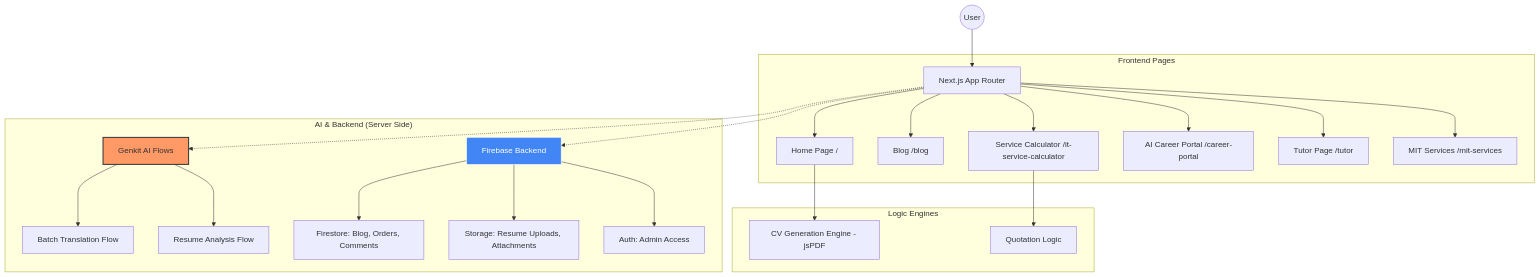
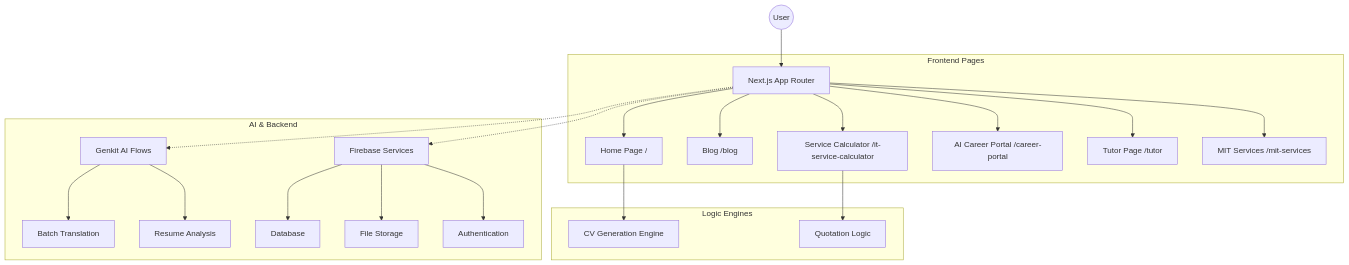
One commit to MS0C54073/muzoprof changed the diagram in README.md. Above: the diagram before and after it, drawn with Mermaid. The commit also changed other lines of this file and 1 other file, not shown here.

````diff
--- a/README.md
+++ b/README.md
@@ -17,35 +40,30 @@
 ```mermaid
 graph TD
     User((User)) --> Router[Next.js App Router]
     
     subgraph "Frontend Pages"
         Router --> Home[Home Page /]
         Router --> Blog[Blog /blog]
         Router --> Calculator[Service Calculator /it-service-calculator]
         Router --> Portal[AI Career Portal /career-portal]
         Router --> Tutor[Tutor Page /tutor]
         Router --> Services[MIT Services /mit-services]
     end
 
     subgraph "Logic Engines"
-        Home --> CVGen[CV Generation Engine - jsPDF]
+        Home --> CVGen[CV Generation Engine]
         Calculator --> PriceLogic[Quotation Logic]
     end
 
-    subgraph "AI & Backend (Server Side)"
-        Genkit[Genkit AI Flows]
-        Firebase[Firebase Backend]
+    subgraph "AI & Backend"
+        Router -.-> Genkit[Genkit AI Flows]
+        Router -.-> Firebase[Firebase Services]
         
-        Router -.-> Genkit
-        Genkit --> Translate[Batch Translation Flow]
-        Genkit --> CareerGen[Resume Analysis Flow]
+        Genkit --> Translate[Batch Translation]
+        Genkit --> CareerGen[Resume Analysis]
         
-        Router -.-> Firebase
-        Firebase --> Firestore[Firestore: Blog, Orders, Comments]
-        Firebase --> Storage[Storage: Resume Uploads, Attachments]
-        Firebase --> Auth[Auth: Admin Access]
+        Firebase --> Firestore[Database]
+        Firebase --> Storage[File Storage]
+        Firebase --> Auth[Authentication]
     end
-
-    style Genkit fill:#f96,stroke:#333,stroke-width:2px
-    style Firebase fill:#4285F4,stroke:#fff,color:#fff
 ```
````
